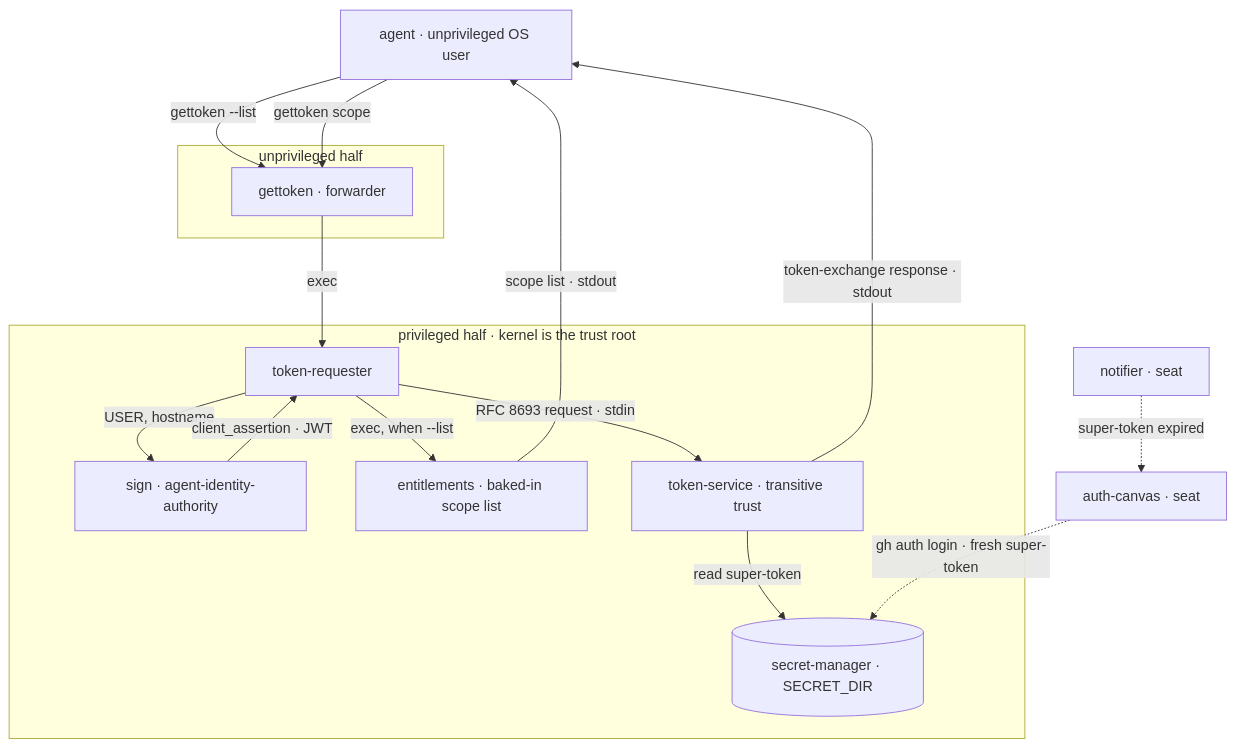
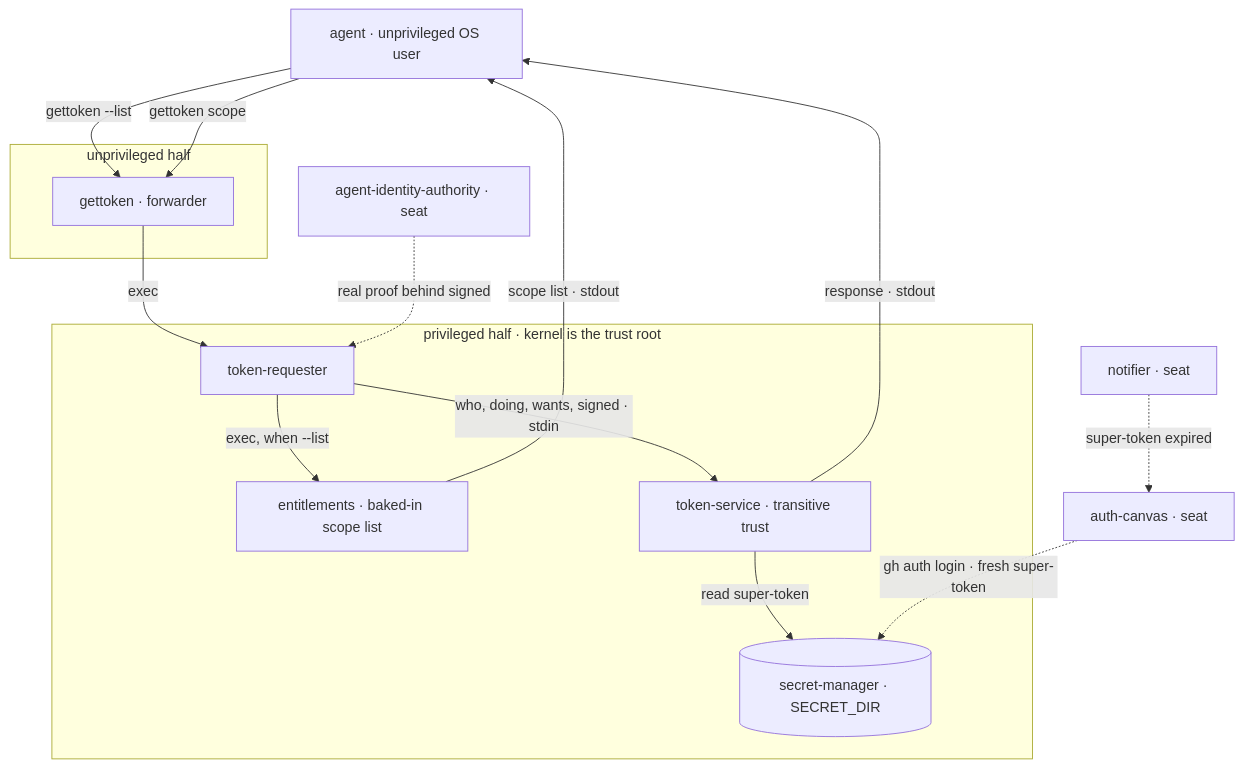
The first of 2 diagrams in README.md (thruput-io/gettoken), drawn with Mermaid before and after one commit. The commit also changed other lines of this file and 7 other files, not shown here.

First line of the commit message:
Replace the request contract with who/doing/wants/signed and drop the dead response constants

````diff
--- a/README.md
+++ b/README.md
@@ -52,30 +51,28 @@
 ```mermaid
 flowchart TD
   AG["agent · unprivileged OS user"]
 
   subgraph UNPRIV["unprivileged half"]
     GT["gettoken · forwarder"]
   end
 
   subgraph PRIV["privileged half · kernel is the trust root"]
     TR["token-requester"]
-    SG["sign · agent-identity-authority"]
     EN["entitlements · baked-in scope list"]
     TS["token-service · transitive trust"]
     SM[("secret-manager · SECRET_DIR")]
   end
 
   AG -->|"gettoken --list"| GT
   AG -->|"gettoken scope"| GT
   GT -->|"exec"| TR
   TR -->|"exec, when --list"| EN
-  TR -->|"USER, hostname"| SG
-  SG -->|"client_assertion · JWT"| TR
-  TR -->|"RFC 8693 request · stdin"| TS
+  TR -->|"who, doing, wants, signed · stdin"| TS
   TS -->|"read super-token"| SM
   EN -->|"scope list · stdout"| AG
-  TS -->|"token-exchange response · stdout"| AG
+  TS -->|"response · stdout"| AG
 
   NF["notifier · seat"] -.->|"super-token expired"| AC["auth-canvas · seat"]
   AC -.->|"gh auth login · fresh super-token"| SM
+  AIA["agent-identity-authority · seat"] -.->|"real proof behind signed"| TR
 ```
````
